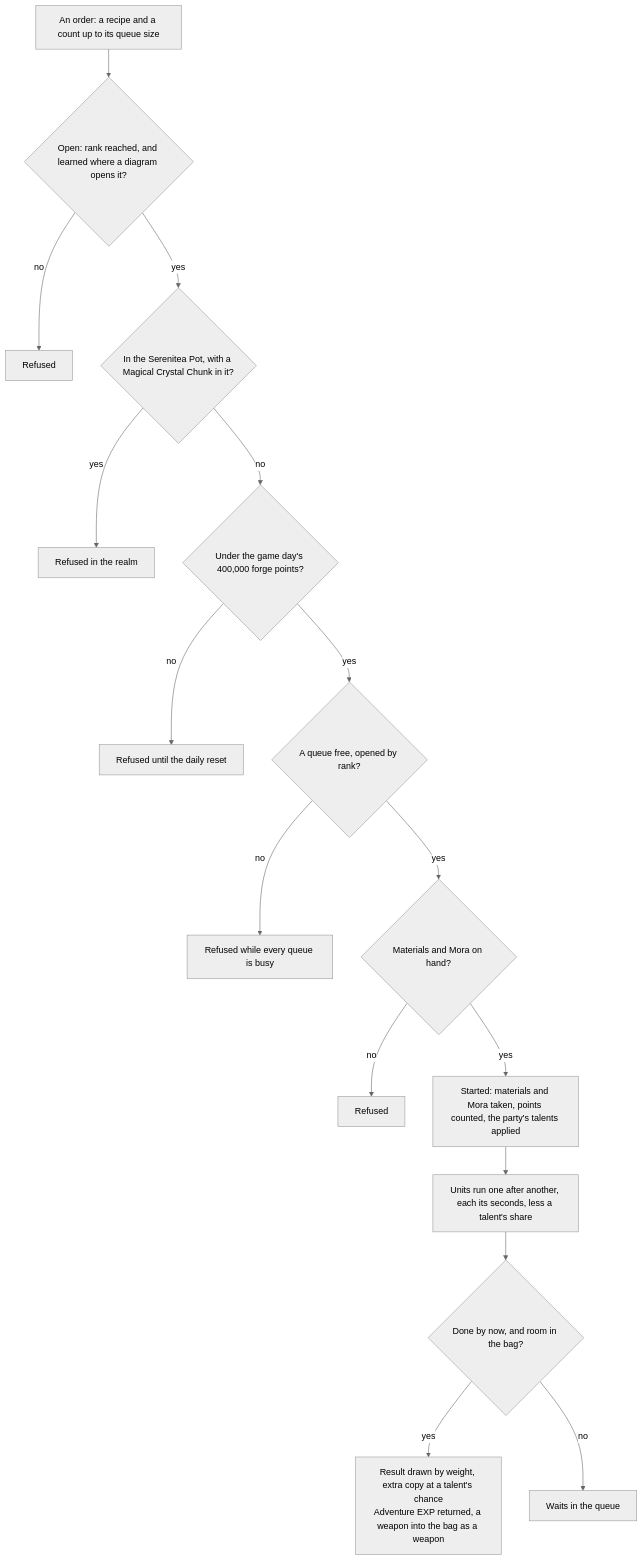
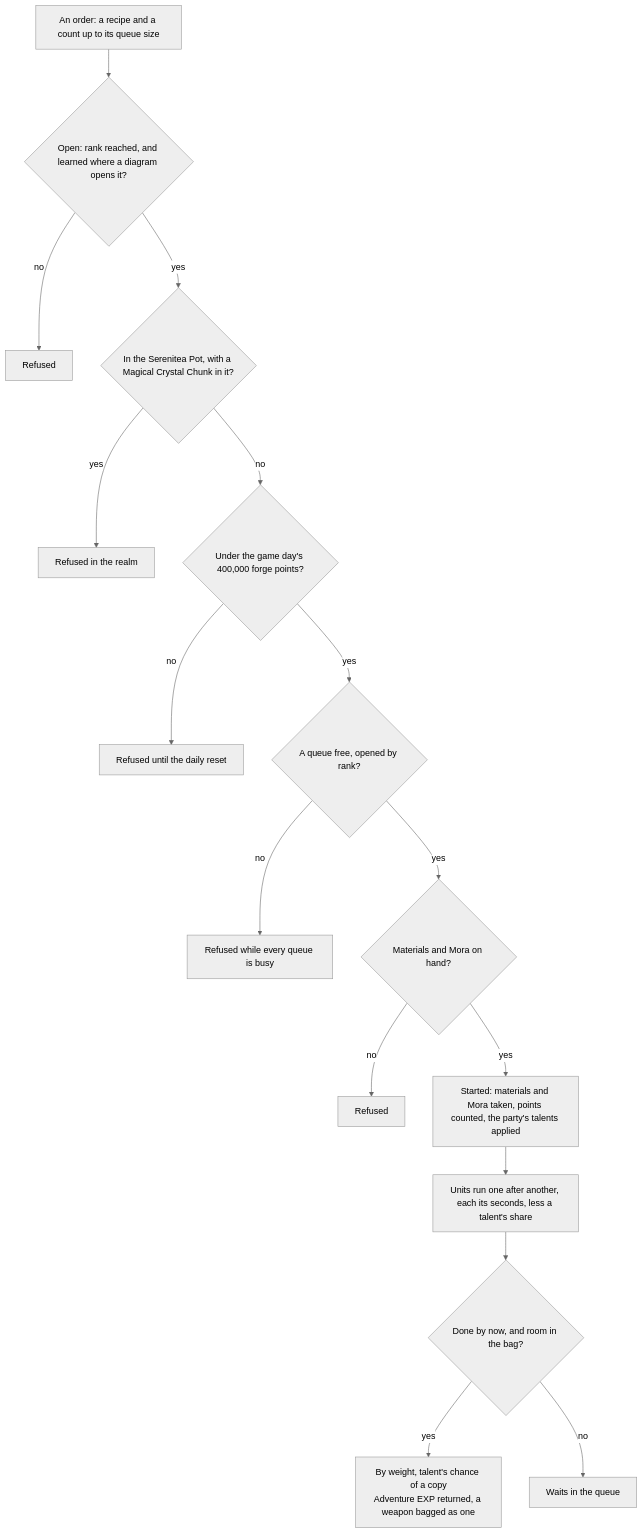
Before and after one commit to Esposter/Esposter: the diagram in apps/web/content/docs/genshin/forging.md, drawn with Mermaid (neutral theme). The commit also changed 1 other file, not shown here.

Commit message:
docs(genshin): the forging diagram's result label fits its length cap, and the character profile's unlock-rule key file names checkProfileStoryUnlocked as 389950974b renamed it
Claude-Session: https://claude.ai/code/session_01G7vjWfdLPLc2TiVG7vjBEM

````diff
--- a/apps/web/content/docs/genshin/forging.md
+++ b/apps/web/content/docs/genshin/forging.md
@@ -12,18 +12,18 @@
 ```mermaid
 flowchart TD
   O["An order: a recipe and a count up to its queue size"] --> OPEN{"Open: rank reached, and learned where a diagram opens it?"}
   OPEN -->|"no"| R1["Refused"]
   OPEN -->|"yes"| REALM{"In the Serenitea Pot, with a Magical Crystal Chunk in it?"}
   REALM -->|"yes"| R2["Refused in the realm"]
   REALM -->|"no"| CAP{"Under the game day's 400,000 forge points?"}
   CAP -->|"no"| R3["Refused until the daily reset"]
   CAP -->|"yes"| Q{"A queue free, opened by rank?"}
   Q -->|"no"| R4["Refused while every queue is busy"]
   Q -->|"yes"| PAY{"Materials and Mora on hand?"}
   PAY -->|"no"| R5["Refused"]
   PAY -->|"yes"| RUN["Started: materials and Mora taken, points counted, the party's talents applied"]
   RUN --> U["Units run one after another, each its seconds, less a talent's share"]
   U --> C{"Done by now, and room in the bag?"}
-  C -->|"yes"| IN["Result drawn by weight, extra copy at a talent's chance<br/>Adventure EXP returned, a weapon into the bag as a weapon"]
+  C -->|"yes"| IN["By weight, talent's chance of a copy<br/>Adventure EXP returned, a weapon bagged as one"]
   C -->|"no"| WQ["Waits in the queue"]
 ```
````
